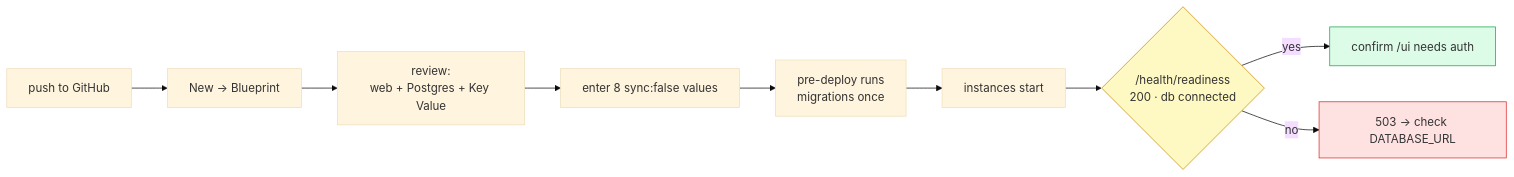
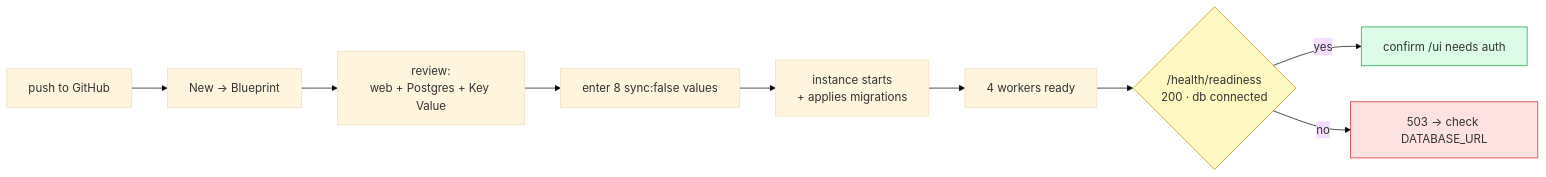
One commit to mahipalparegi/LiteLLMProxy changed the fifth of 12 diagrams in README.md. Above: the diagram before and after it, drawn with Mermaid (base theme). The commit also changed other lines of this file and 2 other files, not shown here.

````diff
--- a/README.md
+++ b/README.md
@@ -307,14 +307,14 @@
 ```mermaid
 flowchart LR
     A["push to GitHub"] --> B["New → Blueprint"]
     B --> C["review:<br/>web + Postgres + Key Value"]
     C --> D["enter 8 sync:false values"]
-    D --> E["pre-deploy runs<br/>migrations once"]
-    E --> F["instances start"]
+    D --> E["instance starts<br/>+ applies migrations"]
+    E --> F["4 workers ready"]
     F --> G{"/health/readiness<br/>200 · db connected"}
     G -->|yes| H["confirm /ui needs auth"]
     G -->|no| I["503 → check DATABASE_URL"]
     style G fill:#fef9c3,stroke:#ca8a04
     style H fill:#dcfce7,stroke:#16a34a
     style I fill:#fee2e2,stroke:#dc2626
 ```
````
